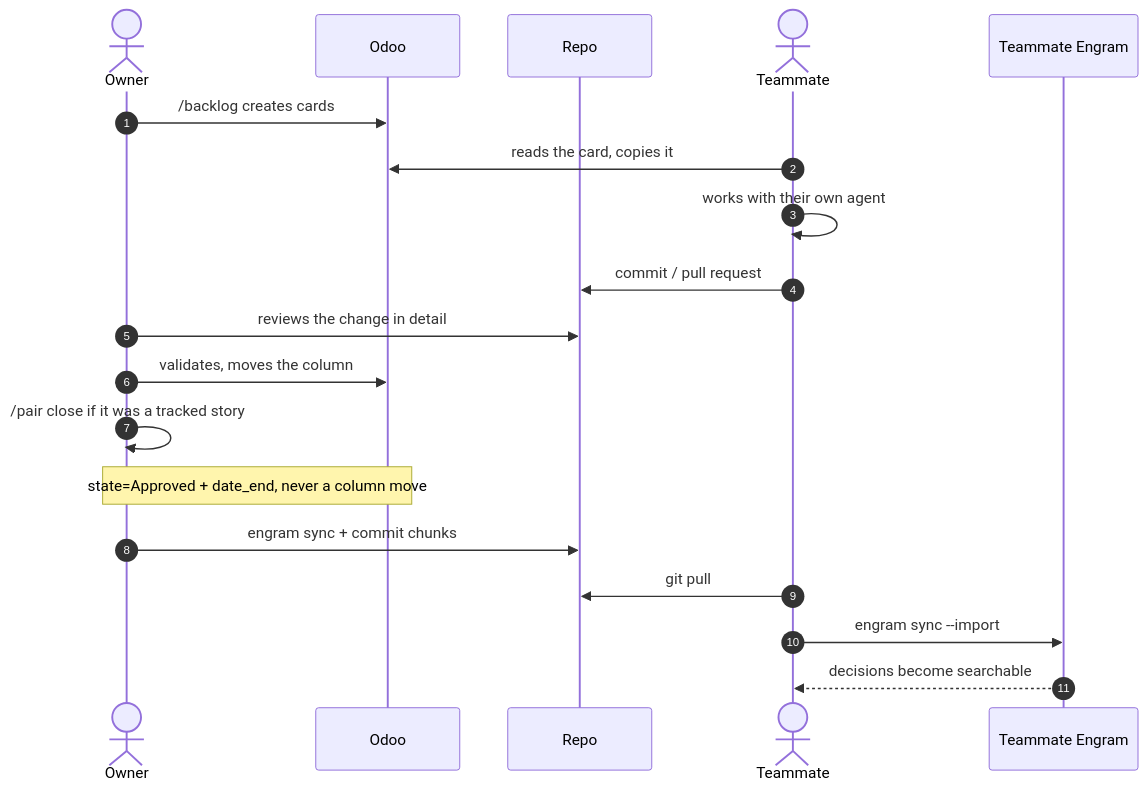
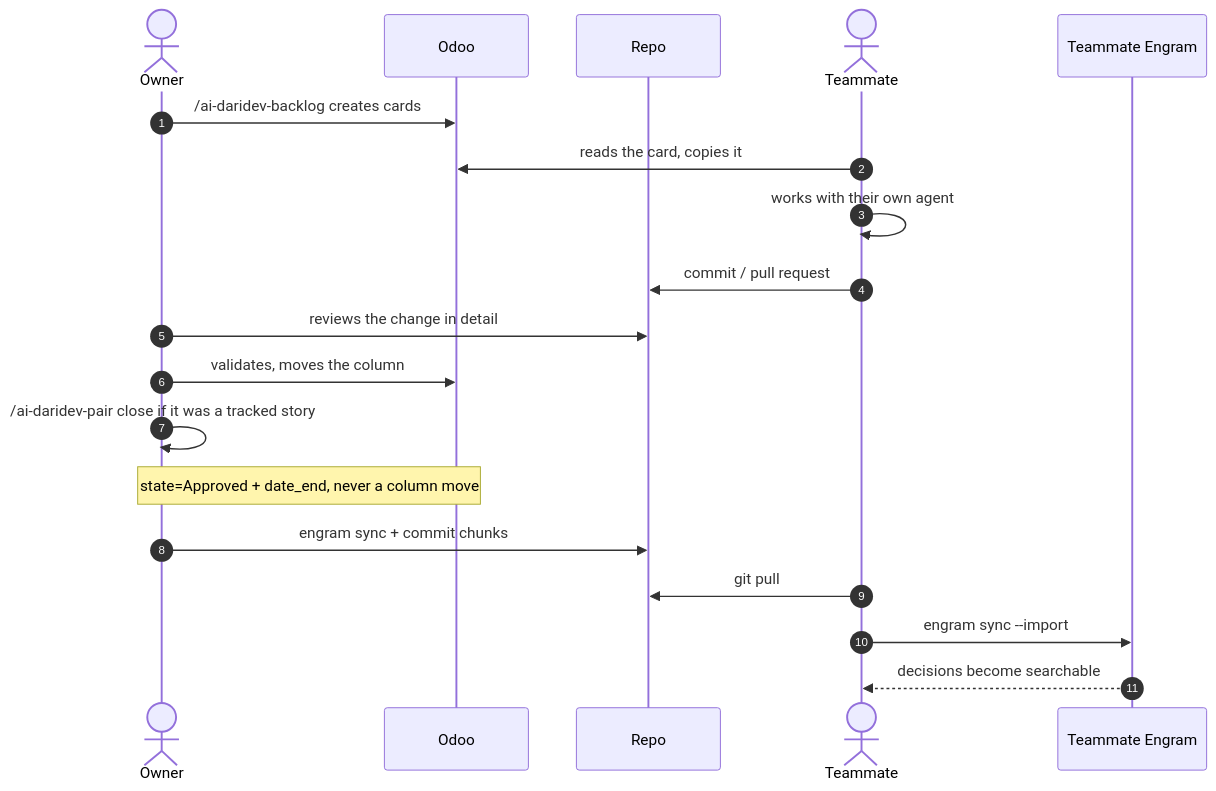
The diagram in docs/team.md (darideveloper/ai-daridev), drawn with Mermaid before and after one commit. The commit also changed other lines of this file and 25 other files, not shown here.

````diff
--- a/docs/team.md
+++ b/docs/team.md
@@ -17,22 +17,22 @@
 ```mermaid
 sequenceDiagram
     autonumber
     actor Owner
     participant O as Odoo
     participant R as Repo
     actor T as Teammate
     participant TE as Teammate Engram
 
-    Owner->>O: /backlog creates cards
+    Owner->>O: /ai-daridev-backlog creates cards
     T->>O: reads the card, copies it
     T->>T: works with their own agent
     T->>R: commit / pull request
     Owner->>R: reviews the change in detail
     Owner->>O: validates, moves the column
-    Owner->>Owner: /pair close if it was a tracked story
+    Owner->>Owner: /ai-daridev-pair close if it was a tracked story
     Note over Owner,O: state=Approved + date_end, never a column move
     Owner->>R: engram sync + commit chunks
     T->>R: git pull
     T->>TE: engram sync --import
     TE-->>T: decisions become searchable
 ```
````
